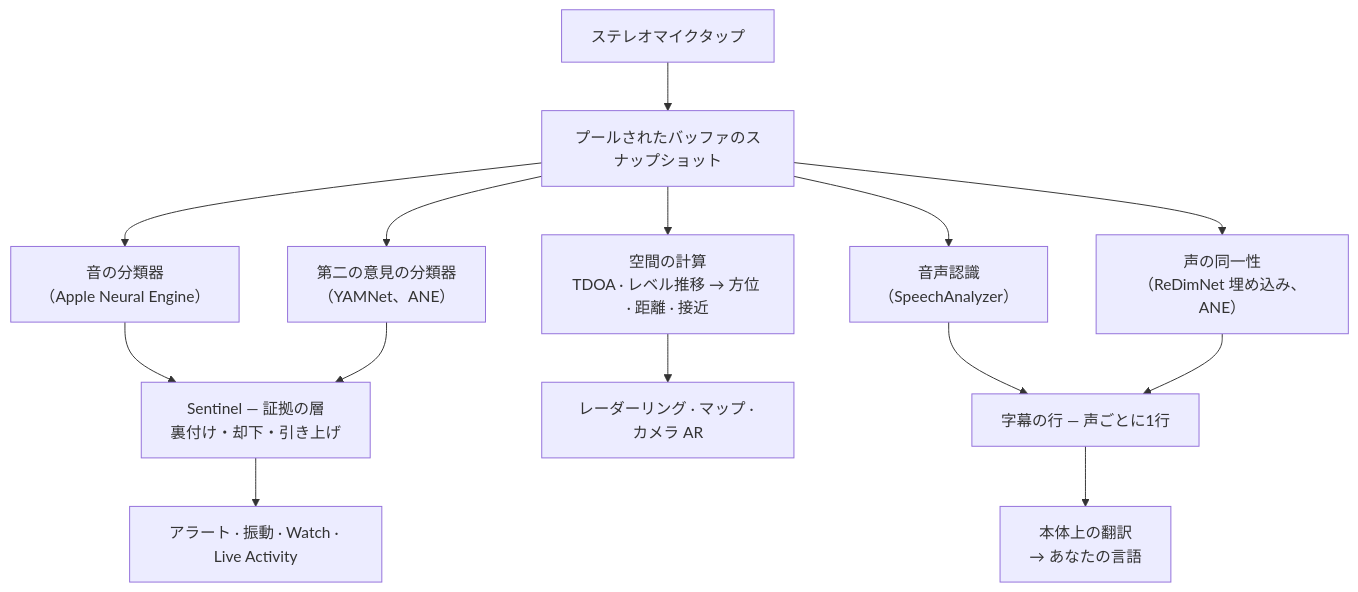
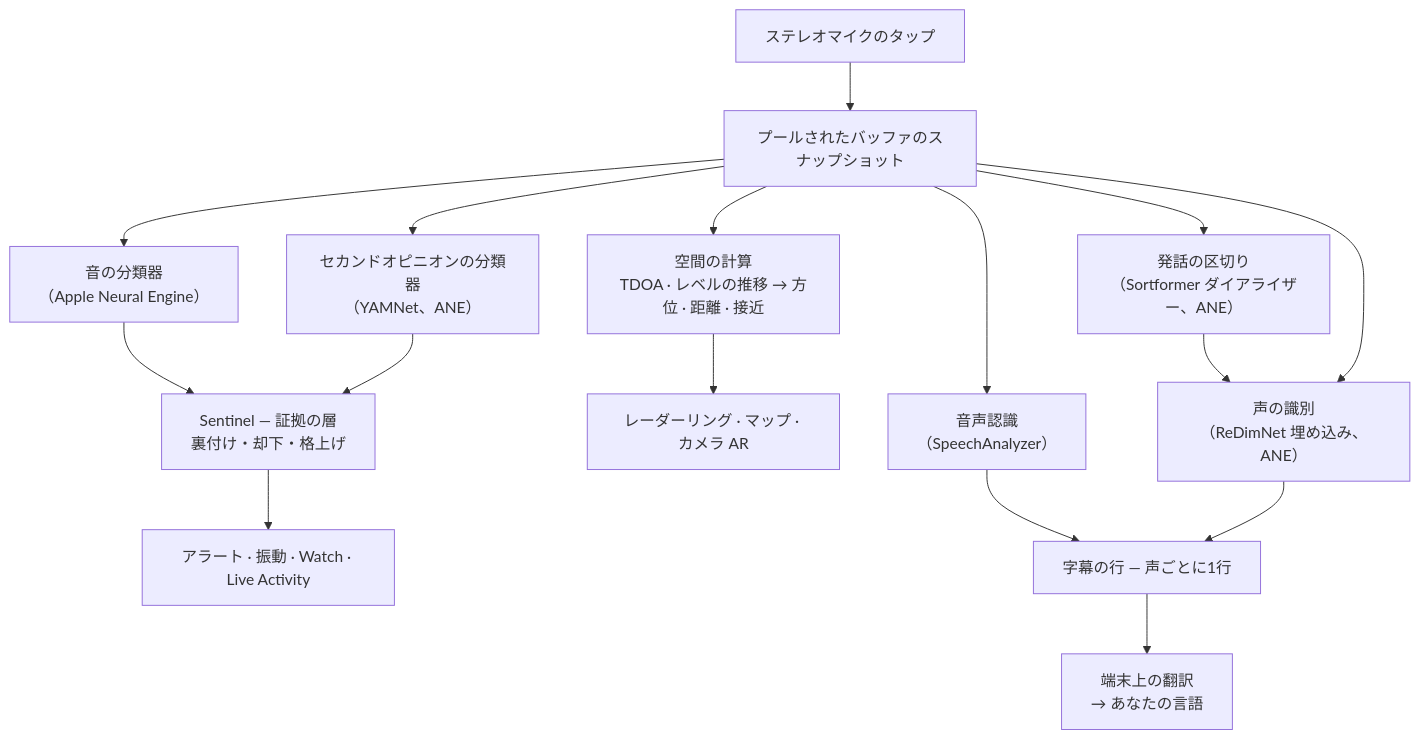
Before and after one commit to rpalm01-star/VigilantEarLegal: the second of 4 diagrams in README_ja.md, drawn with Mermaid. The commit also changed other lines of this file and 29 other files, not shown here.

````diff
--- a/README_ja.md
+++ b/README_ja.md
@@ -128,16 +134,18 @@
 ```mermaid
 graph TD
-    A["ステレオマイクタップ"] --> B["プールされたバッファのスナップショット"]
+    A["ステレオマイクのタップ"] --> B["プールされたバッファのスナップショット"]
     B --> C["音の分類器<br/>（Apple Neural Engine）"]
-    B --> Y["第二の意見の分類器<br/>（YAMNet、ANE）"]
-    C --> S["Sentinel — 証拠の層<br/>裏付け・却下・引き上げ"]
+    B --> Y["セカンドオピニオンの分類器<br/>（YAMNet、ANE）"]
+    C --> S["Sentinel — 証拠の層<br/>裏付け・却下・格上げ"]
     Y --> S
     S --> H["アラート · 振動 · Watch · Live Activity"]
-    B --> D["空間の計算<br/>TDOA · レベル推移 → 方位 · 距離 · 接近"]
+    B --> D["空間の計算<br/>TDOA · レベルの推移 → 方位 · 距離 · 接近"]
     D --> R["レーダーリング · マップ · カメラ AR"]
     B --> F["音声認識<br/>（SpeechAnalyzer）"]
-    B --> E["声の同一性<br/>（ReDimNet 埋め込み、ANE）"]
+    B --> N["発話の区切り<br/>（Sortformer ダイアライザー、ANE）"]
+    N --> E["声の識別<br/>（ReDimNet 埋め込み、ANE）"]
+    B --> E
     F --> G["字幕の行 — 声ごとに1行"]
     E --> G
-    G --> T["本体上の翻訳<br/>→ あなたの言語"]
+    G --> T["端末上の翻訳<br/>→ あなたの言語"]
 ```
````
